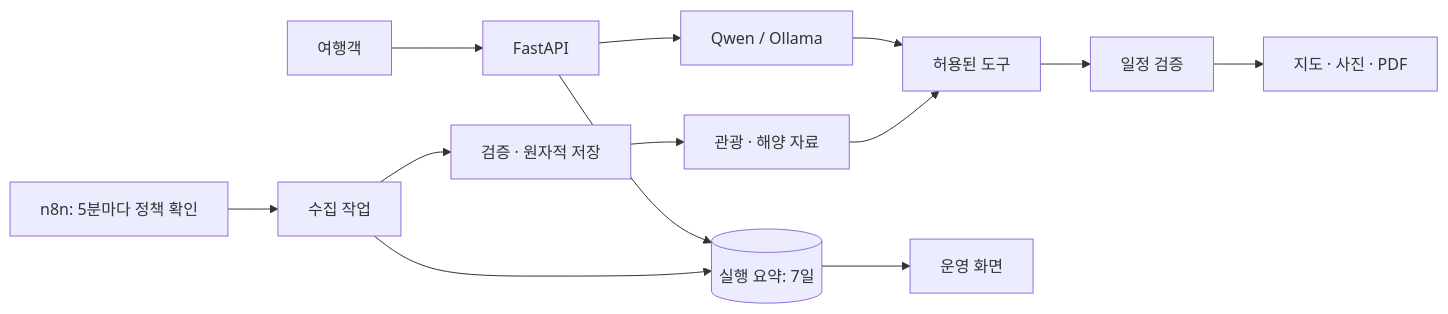
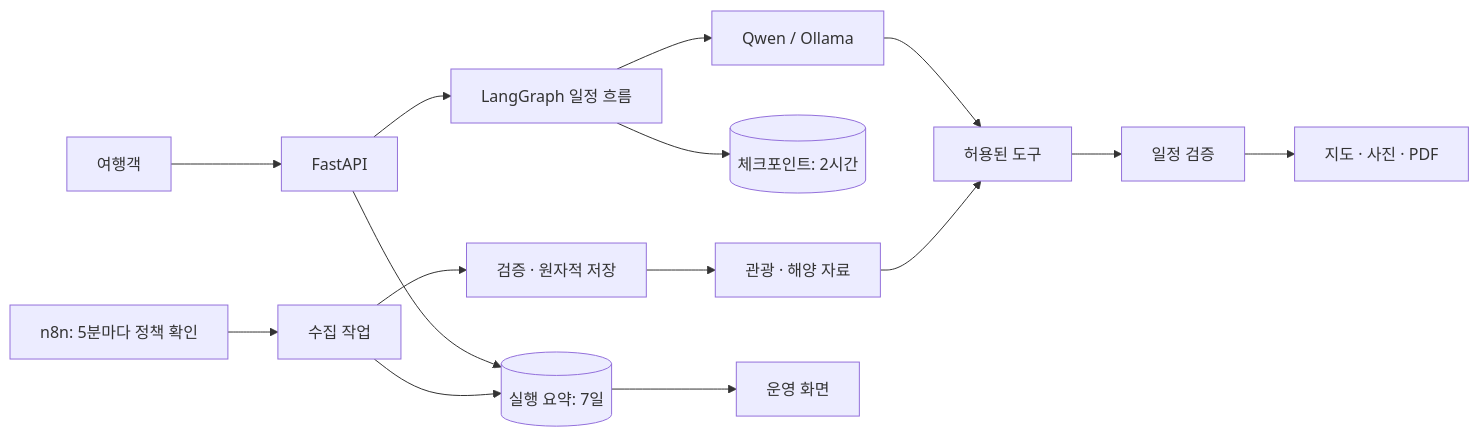
One commit to fortranmentis/marine-travel-AI-agent changed the first of 2 diagrams in README.ko.md. Above: the diagram before and after it, drawn with Mermaid. The commit also changed other lines of this file and 2 other files, not shown here.

````diff
--- a/README.ko.md
+++ b/README.ko.md
@@ -82,15 +103,17 @@
 ```mermaid
 flowchart LR
     User[여행객] --> API[FastAPI]
-    API --> Model[Qwen / Ollama]
+    API --> Graph[LangGraph 일정 흐름]
+    Graph --> Model[Qwen / Ollama]
+    Graph --> Checkpoints[(체크포인트: 2시간)]
     Model --> Tools[허용된 도구]
     Tools --> Plan[일정 검증]
     Plan --> Result[지도 · 사진 · PDF]
     Scheduler[n8n: 5분마다 정책 확인] --> Jobs[수집 작업]
     Jobs --> Check[검증 · 원자적 저장]
     Check --> Catalog[관광 · 해양 자료]
     Catalog --> Tools
     API --> Ledger[(실행 요약: 7일)]
     Jobs --> Ledger
     Ledger --> Ops[운영 화면]
 ```
````
